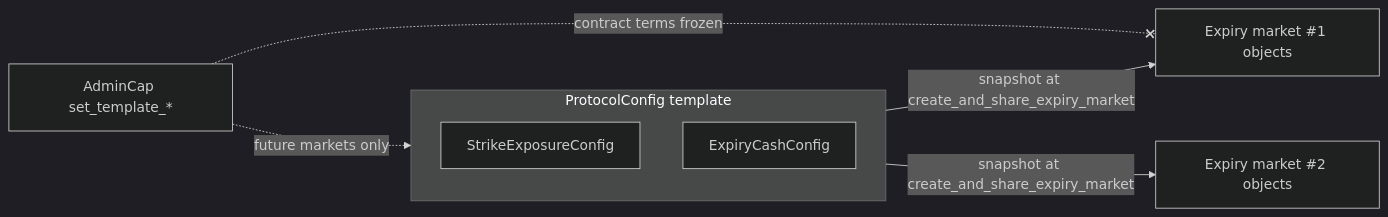
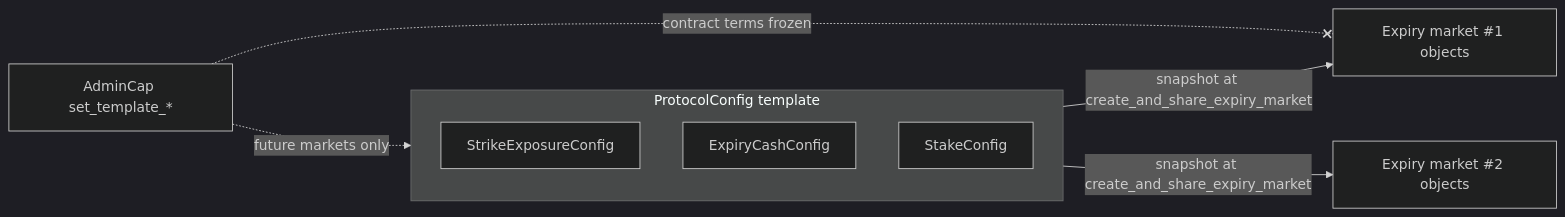
One commit to MystenLabs/deepbookv3 changed the diagram in packages/predict/docs/design/configuration.md. Above: the diagram before and after it, drawn with Mermaid (dark theme). The commit also changed other lines of this file and 14 other files, not shown here.

````diff
--- a/packages/predict/docs/design/configuration.md
+++ b/packages/predict/docs/design/configuration.md
@@ -39,11 +40,12 @@
 ```mermaid
 flowchart LR
     subgraph PC[ProtocolConfig template]
       SEC[StrikeExposureConfig]
       ECC[ExpiryCashConfig]
+      STC[StakeConfig]
     end
     PC -- snapshot at create_and_share_expiry_market --> M1[Expiry market #1 objects]
     PC -- snapshot at create_and_share_expiry_market --> M2[Expiry market #2 objects]
     admin[AdminCap set_template_*] -. future markets only .-> PC
     admin -. contract terms frozen .-x M1
 ```
````
